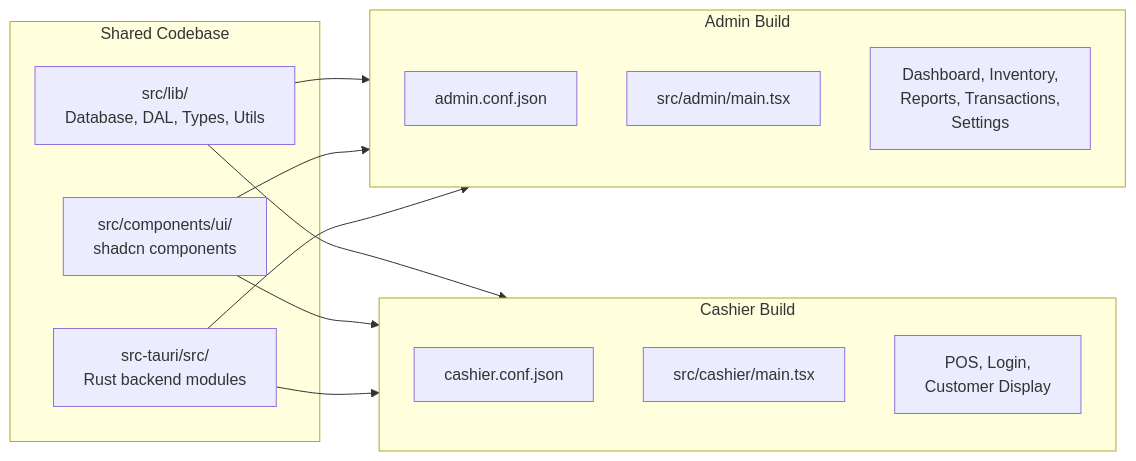
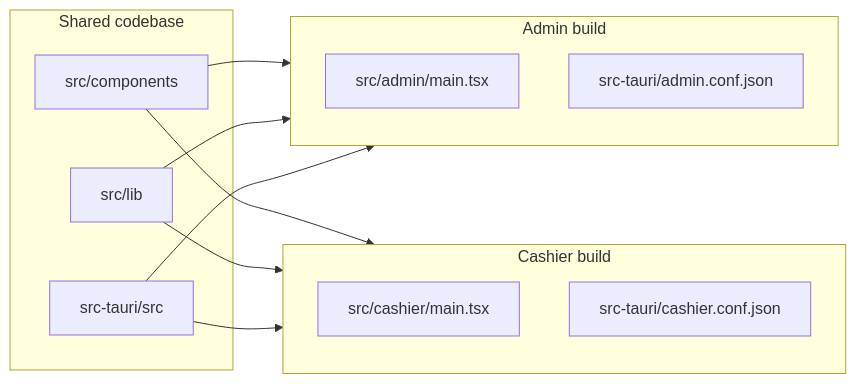
Before and after one commit to BootlegYouki/at-iba-pa-pos: the second of 4 diagrams in docs/02-architecture.md, drawn with Mermaid. The commit also changed other lines of this file and 10 other files, not shown here.

First line of the commit message:
Refactor user guide and database schema documentation; enhance export reports feature

````diff
--- a/docs/02-architecture.md
+++ b/docs/02-architecture.md
@@ -71,27 +68,25 @@
 ```mermaid
 graph LR
-    subgraph Codebase["Shared Codebase"]
-        SharedLib["src/lib/<br/>Database, DAL, Types, Utils"]
-        SharedUI["src/components/ui/<br/>shadcn components"]
-        RustBackend["src-tauri/src/<br/>Rust backend modules"]
+    subgraph Shared["Shared codebase"]
+        SharedUI["src/components"]
+        SharedLib["src/lib"]
+        RustCore["src-tauri/src"]
     end
 
-    subgraph AdminBuild["Admin Build"]
-        AdminConf["admin.conf.json"]
+    subgraph Admin["Admin build"]
         AdminEntry["src/admin/main.tsx"]
-        AdminPages["Dashboard, Inventory,<br/>Reports, Transactions,<br/>Settings"]
+        AdminConfig["src-tauri/admin.conf.json"]
     end
 
-    subgraph CashierBuild["Cashier Build"]
-        CashierConf["cashier.conf.json"]
+    subgraph Cashier["Cashier build"]
         CashierEntry["src/cashier/main.tsx"]
-        CashierPages["POS, Login,<br/>Customer Display"]
+        CashierConfig["src-tauri/cashier.conf.json"]
     end
 
-    SharedLib --> AdminBuild
-    SharedLib --> CashierBuild
-    SharedUI --> AdminBuild
-    SharedUI --> CashierBuild
-    RustBackend --> AdminBuild
-    RustBackend --> CashierBuild
+    SharedUI --> Admin
+    SharedUI --> Cashier
+    SharedLib --> Admin
+    SharedLib --> Cashier
+    RustCore --> Admin
+    RustCore --> Cashier
 ```
````
